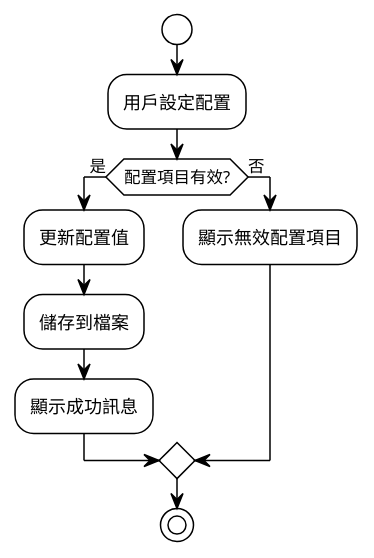
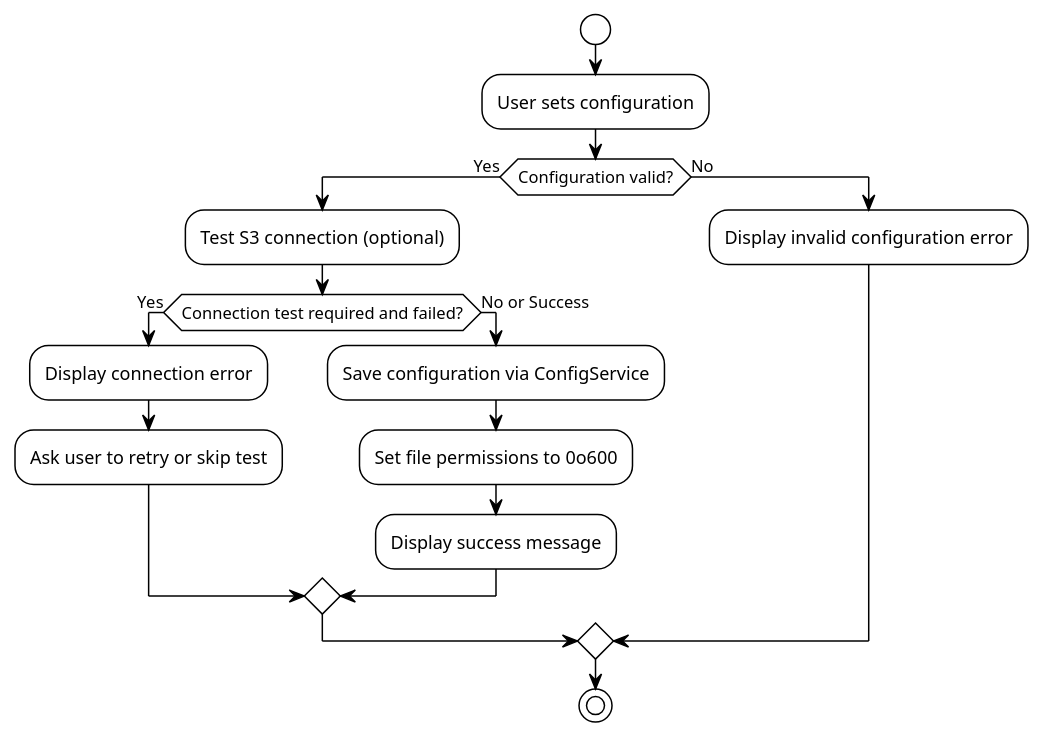
The second of 3 diagrams in .prompt/02.Issue/02.AddSimpleFileUpload/01.BasicDesign/01.ProcessFlow.md (FATESAIKOU/CloudStorageSyncer), drawn with PlantUML before and after one commit. The commit also changed other lines of this file and 19 other files, not shown here.

````diff
--- a/.prompt/02.Issue/02.AddSimpleFileUpload/01.BasicDesign/01.ProcessFlow.md
+++ b/.prompt/02.Issue/02.AddSimpleFileUpload/01.BasicDesign/01.ProcessFlow.md
@@ -33,18 +38,24 @@
 ```plantuml
 @startuml
 !theme plain
 
 start
-:用戶設定配置;
+:User sets configuration;
 
-if (配置項目有效?) then (是)
-  :更新配置值;
-  :儲存到檔案;
-  :顯示成功訊息;
-else (否)
-  :顯示無效配置項目;
+if (Configuration valid?) then (Yes)
+  :Test S3 connection (optional);
+  if (Connection test required and failed?) then (Yes)
+    :Display connection error;
+    :Ask user to retry or skip test;
+  else (No or Success)
+    :Save configuration via ConfigService;
+    :Set file permissions to 0o600;
+    :Display success message;
+  endif
+else (No)
+  :Display invalid configuration error;
 endif
 
 stop
 @enduml
 ```
````
